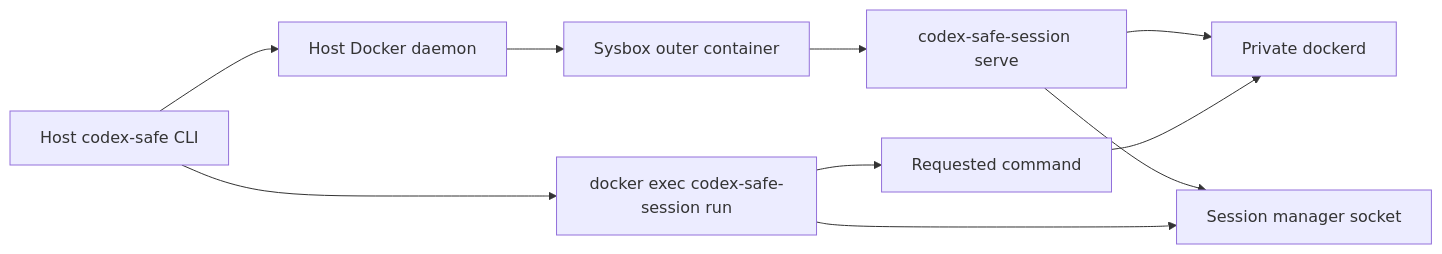
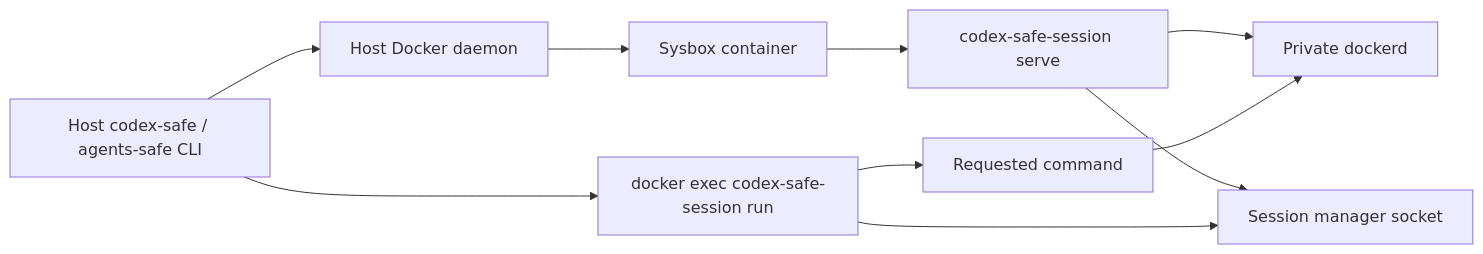
Before and after one commit to vkuptcov/agents-safe-environment: the diagram in ARCHITECTURE.md, drawn with Mermaid. The commit also changed other lines of this file and 81 other files, not shown here.

````diff
--- a/ARCHITECTURE.md
+++ b/ARCHITECTURE.md
@@ -14,12 +14,12 @@
 ```mermaid
 flowchart LR
-    CLI["Host codex-safe CLI"] --> HostDocker["Host Docker daemon"]
-    HostDocker --> Outer["Sysbox outer container"]
-    Outer --> Supervisor["codex-safe-session serve"]
+    CLI["Host codex-safe / agents-safe CLI"] --> HostDocker["Host Docker daemon"]
+    HostDocker --> Container["Sysbox container"]
+    Container --> Supervisor["codex-safe-session serve"]
     Supervisor --> InnerDocker["Private dockerd"]
     Supervisor --> Manager["Session manager socket"]
     CLI --> Wrapper["docker exec codex-safe-session run"]
     Wrapper --> Manager
     Wrapper --> Command["Requested command"]
     Command --> InnerDocker
 ```
````
